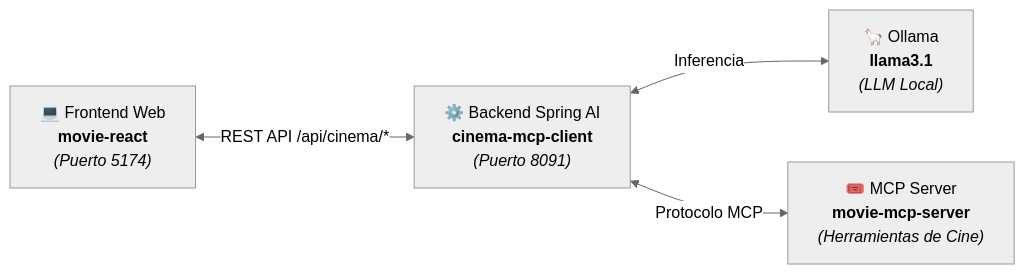
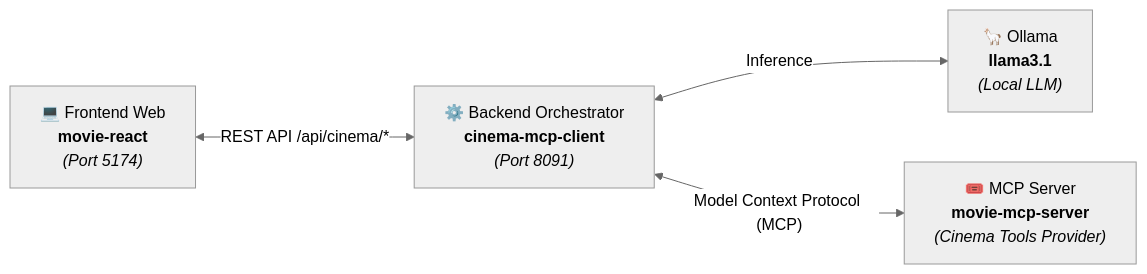
One commit to jhonduarte7/movie-react changed the diagram in README.md. Above: the diagram before and after it, drawn with Mermaid (neutral theme). The commit also changed other lines of this file, not shown here.

````diff
--- a/README.md
+++ b/README.md
@@ -21,11 +21,11 @@
 ```mermaid
 flowchart LR
-    A["💻 Frontend Web<br/><b>movie-react</b><br/><i>(Puerto 5174)</i>"]
-    B["⚙️ Backend Spring AI<br/><b>cinema-mcp-client</b><br/><i>(Puerto 8091)</i>"]
-    C["🦙 Ollama<br/><b>llama3.1</b><br/><i>(LLM Local)</i>"]
-    D["🎟️ MCP Server<br/><b>movie-mcp-server</b><br/><i>(Herramientas de Cine)</i>"]
+    A["💻 Frontend Web<br/><b>movie-react</b><br/><i>(Port 5174)</i>"]
+    B["⚙️ Backend Orchestrator<br/><b>cinema-mcp-client</b><br/><i>(Port 8091)</i>"]
+    C["🦙 Ollama<br/><b>llama3.1</b><br/><i>(Local LLM)</i>"]
+    D["🎟️ MCP Server<br/><b>movie-mcp-server</b><br/><i>(Cinema Tools Provider)</i>"]
 
     A <-->|"REST API /api/cinema/*"| B
-    B <-->|"Inferencia"| C
-    B <-->|"Protocolo MCP"| D
+    B <-->|"Inference"| C
+    B <-->|"Model Context Protocol (MCP)"| D
 ```
````
